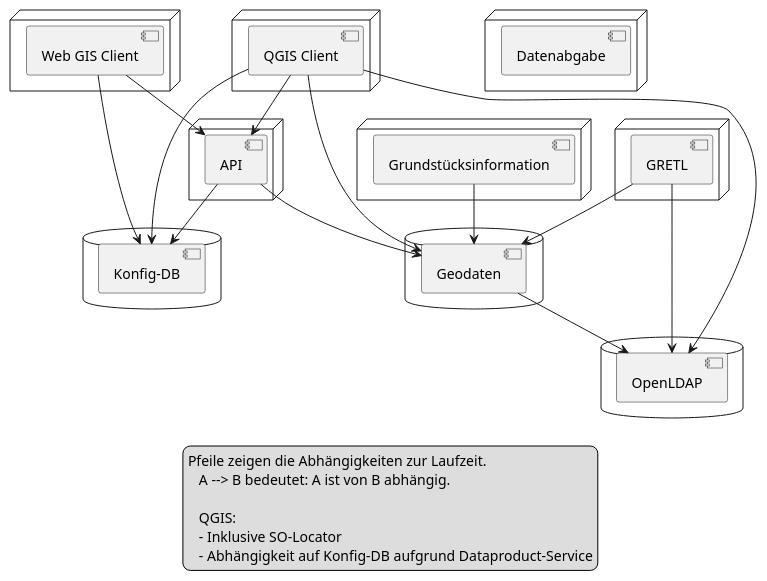
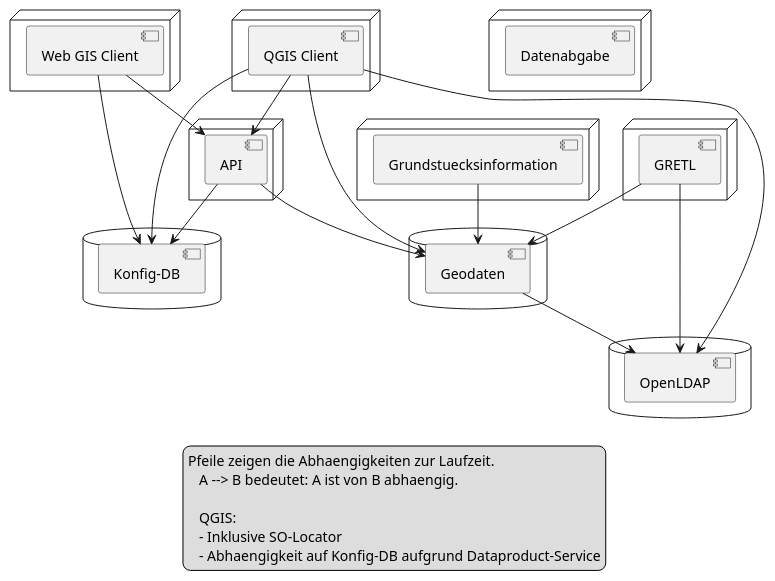
Before and after one commit to bjsvwcur/components: the diagram in diagrams/subsystems.puml, drawn with PlantUML. The commit also changed 28 other files, not shown here.

```diff
--- a/diagrams/subsystems.puml
+++ b/diagrams/subsystems.puml
@@ -1,58 +1,58 @@
 @startuml
 database {
 [OpenLDAP] as ldap
 }
 
 database {
 [Geodaten] as data
 }
 data --> ldap
 
 database {
 [Konfig-DB] as config
 }
 
 node {
 	[API] as api
 }
 api --> data
 api --> config
 
 node {
 	[GRETL] as gretl
 }
 gretl --> data
 gretl --> ldap
 
 node {
-	[Grundstücksinformation] as gsi
+	[Grundstuecksinformation] as gsi
 }
 gsi --> data
 
 node {
 	[Web GIS Client] as wgc
 }
 wgc --> config
 wgc --> api
 
 node {
 	[QGIS Client] as qgis
 }
 qgis --> data
 qgis --> api
 qgis --> config
 qgis --> ldap
 
 node {
 	[Datenabgabe] as export
 }
 
 legend bottom
-	Pfeile zeigen die Abhängigkeiten zur Laufzeit.
-    A --> B bedeutet: A ist von B abhängig.
+	Pfeile zeigen die Abhaengigkeiten zur Laufzeit.
+    A --> B bedeutet: A ist von B abhaengig.
     
     QGIS: 
     - Inklusive SO-Locator
-    - Abhängigkeit auf Konfig-DB aufgrund Dataproduct-Service
+    - Abhaengigkeit auf Konfig-DB aufgrund Dataproduct-Service
 endlegend
 @enduml
```
